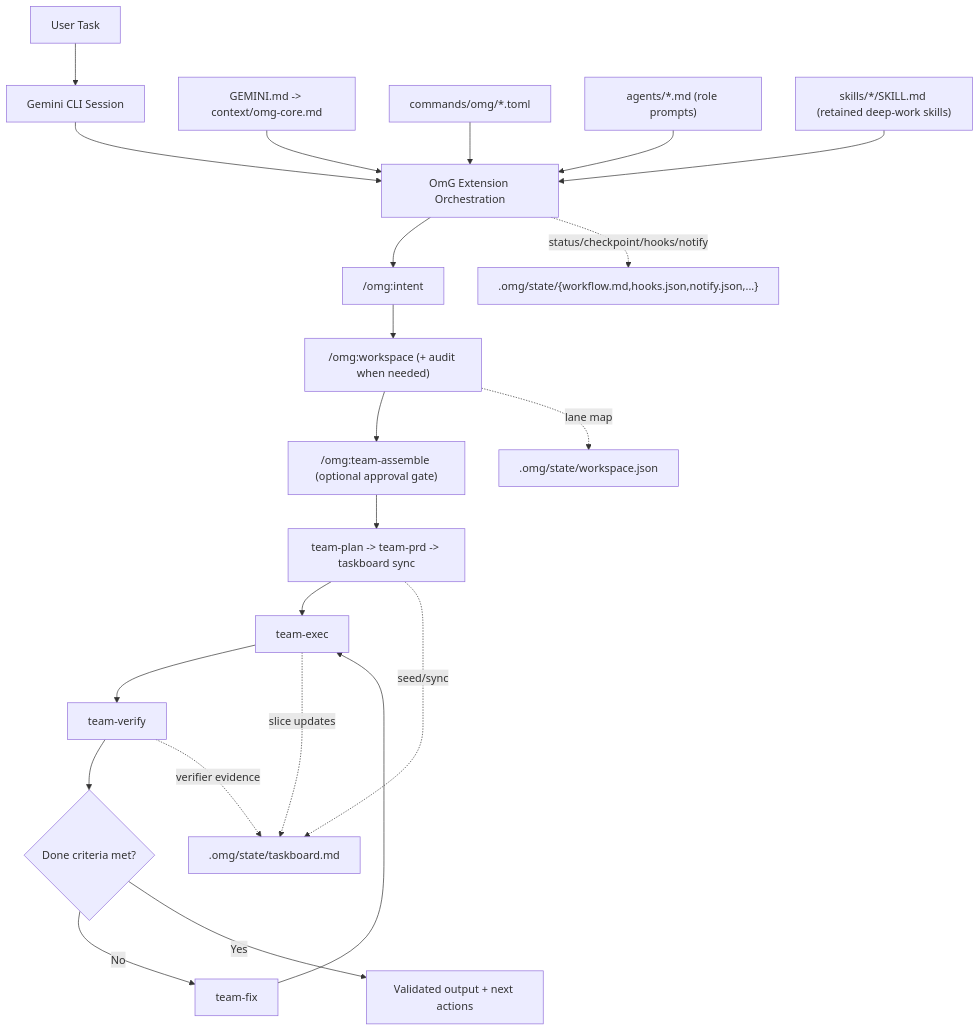
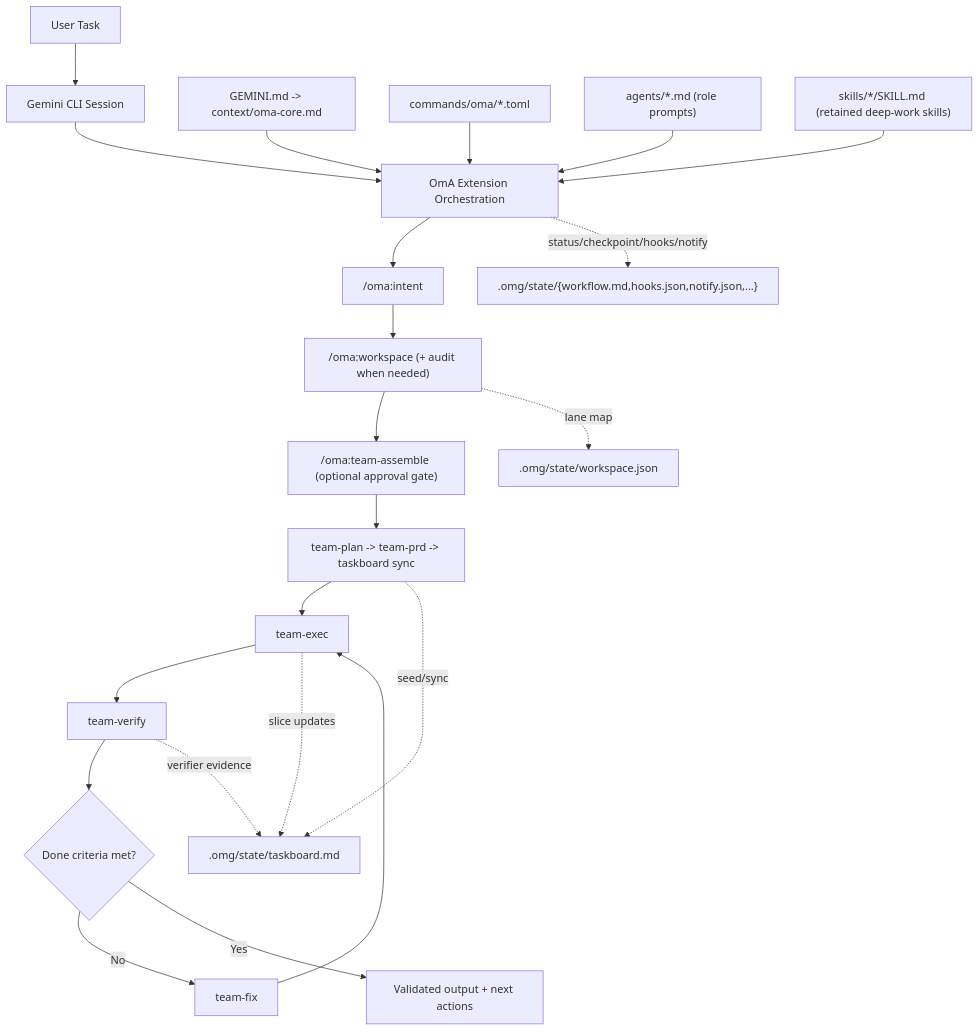
Before and after one commit to Joonghyun-Lee-Frieren/oh-my-antigravity: the first of 2 diagrams in docs/README_es.md, drawn with Mermaid. The commit also changed other lines of this file and 127 other files, not shown here.

````diff
--- a/docs/README_es.md
+++ b/docs/README_es.md
@@ -109,27 +109,27 @@
 ```mermaid
 flowchart TD
     U["User Task"] --> CLI["Gemini CLI Session"]
-    CLI --> ORCH["OmG Extension Orchestration"]
+    CLI --> ORCH["OmA Extension Orchestration"]
 
-    CORE["GEMINI.md -> context/omg-core.md"] --> ORCH
-    CMDS["commands/omg/*.toml"] --> ORCH
+    CORE["GEMINI.md -> context/oma-core.md"] --> ORCH
+    CMDS["commands/oma/*.toml"] --> ORCH
     AGENTS["agents/*.md (role prompts)"] --> ORCH
     SKILLS["skills/*/SKILL.md (retained deep-work skills)"] --> ORCH
 
-    ORCH --> I["/omg:intent"]
-    I --> W["/omg:workspace (+ audit when needed)"]
-    W --> A["/omg:team-assemble (optional approval gate)"]
+    ORCH --> I["/oma:intent"]
+    I --> W["/oma:workspace (+ audit when needed)"]
+    W --> A["/oma:team-assemble (optional approval gate)"]
     A --> P["team-plan -> team-prd -> taskboard sync"]
     P --> E["team-exec"]
     E --> V["team-verify"]
     V --> D{"Done criteria met?"}
     D -- "No" --> F["team-fix"]
     F --> E
     D -- "Yes" --> O["Validated output + next actions"]
 
     W -. lane map .-> WS[".omg/state/workspace.json"]
     P -. seed/sync .-> TB[".omg/state/taskboard.md"]
     E -. slice updates .-> TB
     V -. verifier evidence .-> TB
     ORCH -. status/checkpoint/hooks/notify .-> ST[".omg/state/{workflow.md,hooks.json,notify.json,...}"]
 ```
````
